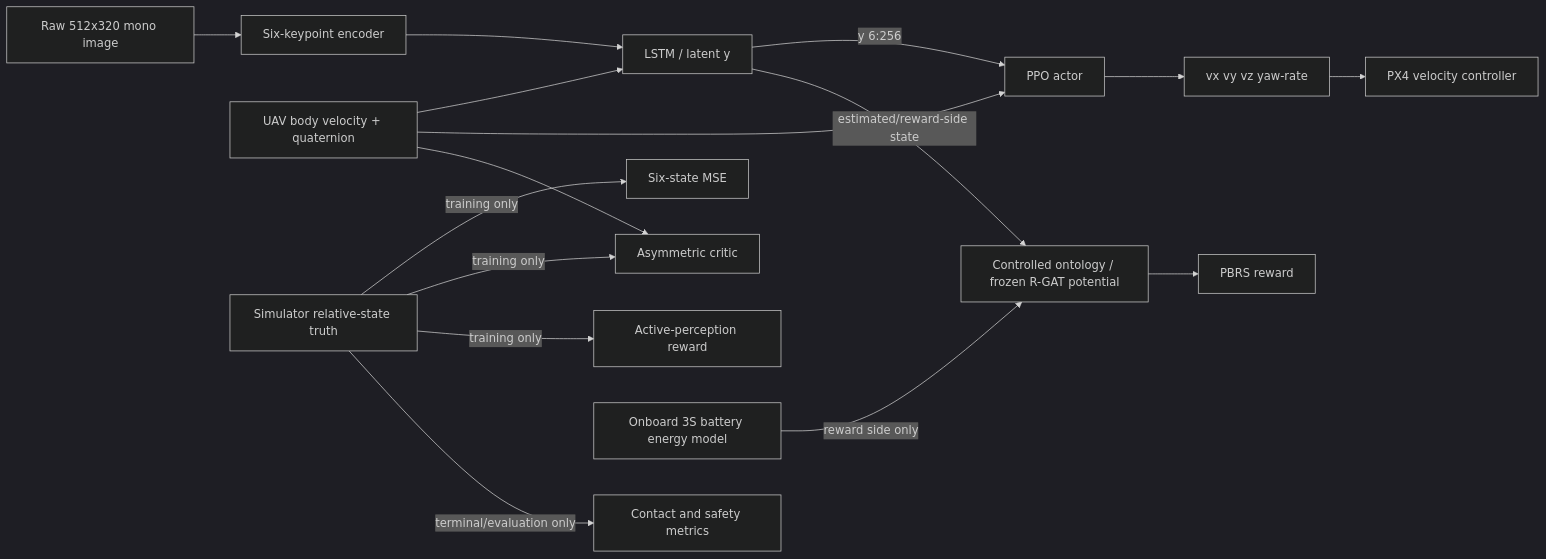
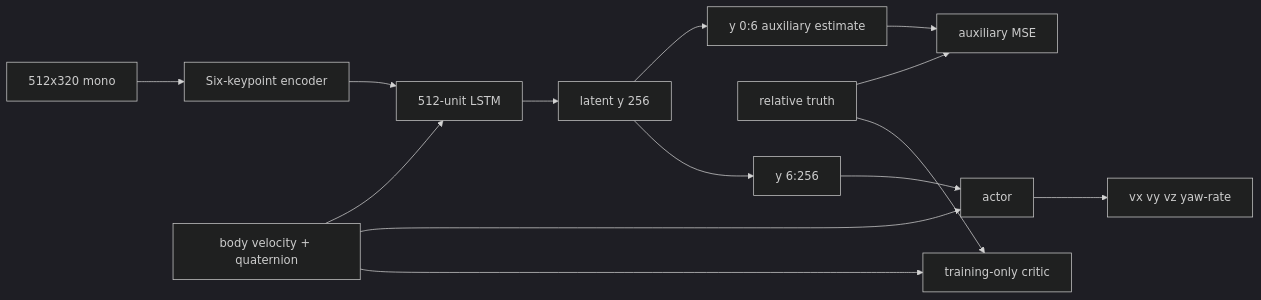
The diagram in Ontology_RGAT_UAV_RL_ISAAC_PX4/docs/SHIN2026_BASELINE.md (junsuk123/OntoReward-RL), drawn with Mermaid (dark theme) before and after one commit. The commit also changed other lines of this file and 18 other files, not shown here.

````diff
--- a/Ontology_RGAT_UAV_RL_ISAAC_PX4/docs/SHIN2026_BASELINE.md
+++ b/Ontology_RGAT_UAV_RL_ISAAC_PX4/docs/SHIN2026_BASELINE.md
@@ -17,20 +42,16 @@
 ```mermaid
 flowchart LR
-  CAM[Raw 512x320 mono image] --> KE[Six-keypoint encoder]
-  UAV[UAV body velocity + quaternion] --> EST[LSTM / latent y]
-  KE --> EST
-  EST -->|y 6:256| ACT[PPO actor]
-  UAV --> ACT
-  ACT --> CMD[vx vy vz yaw-rate]
-  CMD --> PX4[PX4 velocity controller]
-
-  GT[Simulator relative-state truth] -->|training only| AUX[Six-state MSE]
-  GT -->|training only| CRIT[Asymmetric critic]
-  UAV --> CRIT
-  GT -->|training only| ACTIVE[Active-perception reward]
-  GT -->|terminal/evaluation only| SCORE[Contact and safety metrics]
-
-  EST -->|estimated/reward-side state| ONTO[Controlled ontology / frozen R-GAT potential]
-  BAT[Onboard 3S battery energy model] -->|reward side only| ONTO
-  ONTO --> PBRS[PBRS reward]
+  IMG[512x320 mono] --> KEY[Six-keypoint encoder]
+  KEY --> LSTM[512-unit LSTM]
+  UAV[body velocity + quaternion] --> LSTM
+  LSTM --> Y[latent y 256]
+  Y --> HEAD[y 0:6 auxiliary estimate]
+  TRUTH[relative truth] --> MSE[auxiliary MSE]
+  HEAD --> MSE
+  Y --> SLICE[y 6:256]
+  UAV --> ACTOR[actor]
+  SLICE --> ACTOR
+  ACTOR --> PX4[vx vy vz yaw-rate]
+  TRUTH --> CRITIC[training-only critic]
+  UAV --> CRITIC
 ```
````
